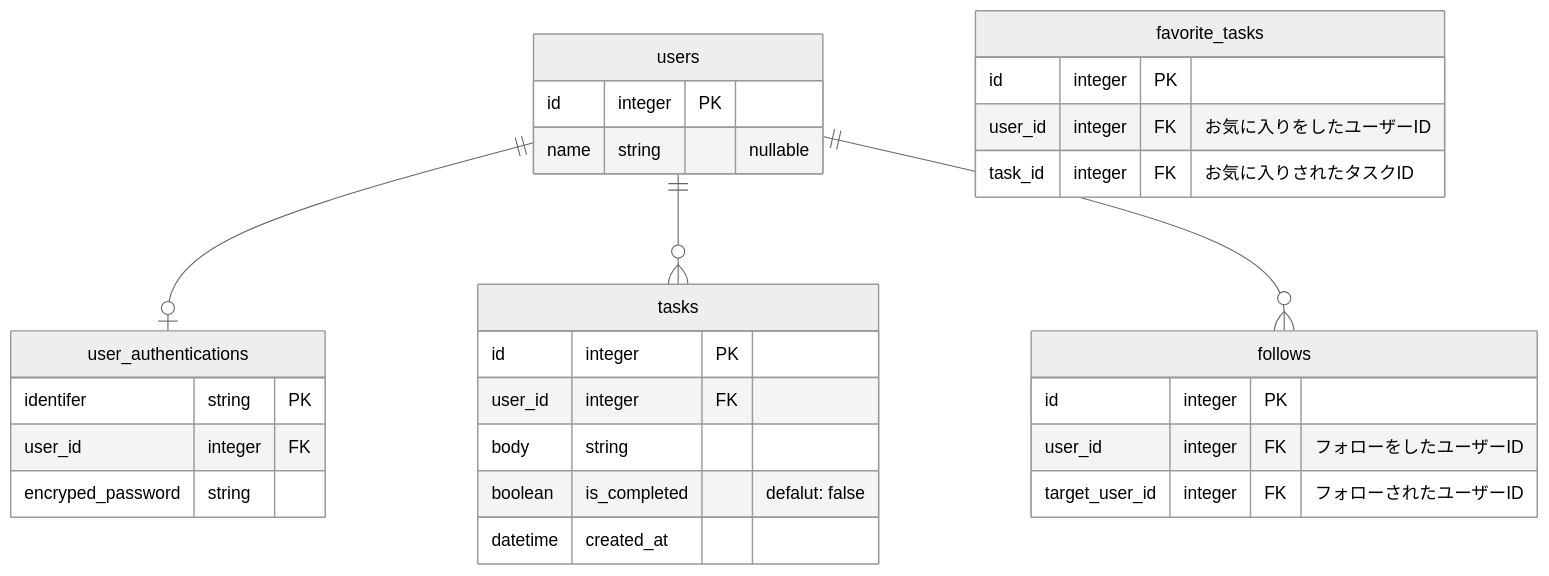
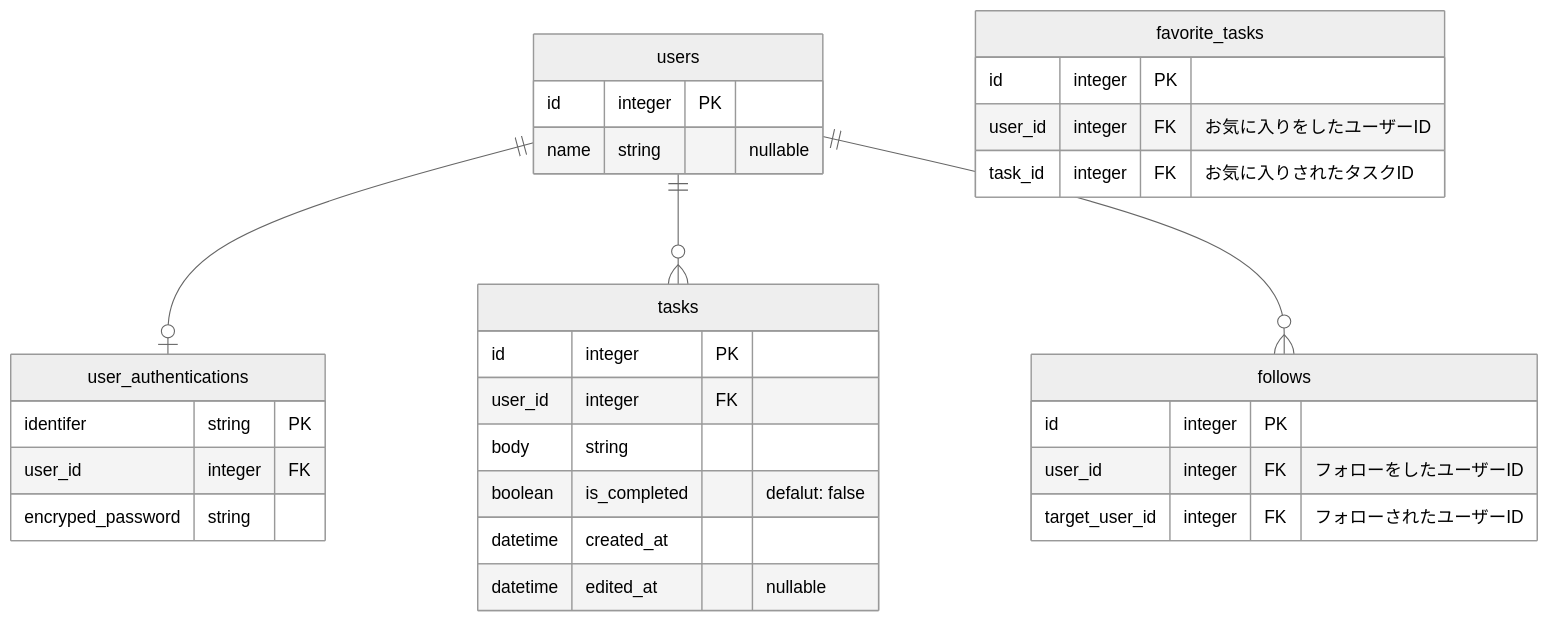
Before and after one commit to matcher-inc/pre-joining-assignment-for-intern: the diagram in README.md, drawn with Mermaid (neutral theme). The commit also changed other lines of this file, not shown here.

````diff
--- a/README.md
+++ b/README.md
@@ -159,38 +94,39 @@
 ```mermaid
 erDiagram
 
 users {
   id integer PK
   name string "nullable"
 }
 
 user_authentications {
   identifer string PK
   user_id integer FK
   encryped_password string
 }
 
 tasks {
   id integer PK
   user_id integer FK
   body string
   boolean is_completed "defalut: false"
   datetime created_at
+  datetime edited_at "nullable"
 }
 
 follows {
   id integer PK
   user_id integer FK "フォローをしたユーザーID"
   target_user_id integer FK "フォローされたユーザーID"
 }
 
 favorite_tasks {
   id integer PK
   user_id integer FK "お気に入りをしたユーザーID"
   task_id integer FK "お気に入りされたタスクID"
 }
 
 users ||--o| user_authentications : ""
 users ||--o{ tasks : ""
 users ||--o{ follows : ""
 ```
````
